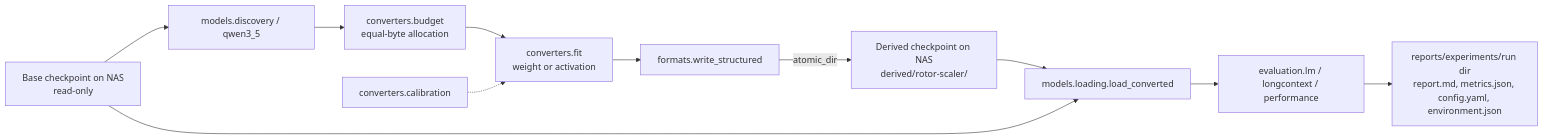
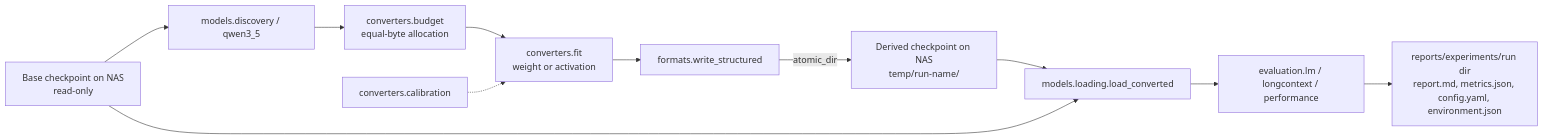
The diagram in AGENTS.md (PyroFlareX/rotorized-transformers), drawn with Mermaid before and after one commit. The commit also changed other lines of this file and 55 other files, not shown here.

````diff
--- a/AGENTS.md
+++ b/AGENTS.md
@@ -78,13 +78,13 @@
 ```mermaid
 flowchart LR
   B[Base checkpoint on NAS<br/>read-only] --> D[models.discovery / qwen3_5]
   D --> A[converters.budget<br/>equal-byte allocation]
   A --> F[converters.fit<br/>weight or activation]
   C[converters.calibration] -.-> F
   F --> M[formats.write_structured]
-  M -->|atomic_dir| X[Derived checkpoint on NAS<br/>derived/rotor-scaler/]
+  M -->|atomic_dir| X[Derived checkpoint on NAS<br/>temp/run-name/]
   X --> L[models.loading.load_converted]
   B --> L
   L --> E[evaluation.lm / longcontext / performance]
   E --> R[reports/experiments/run dir<br/>report.md, metrics.json, config.yaml, environment.json]
 ```
````
